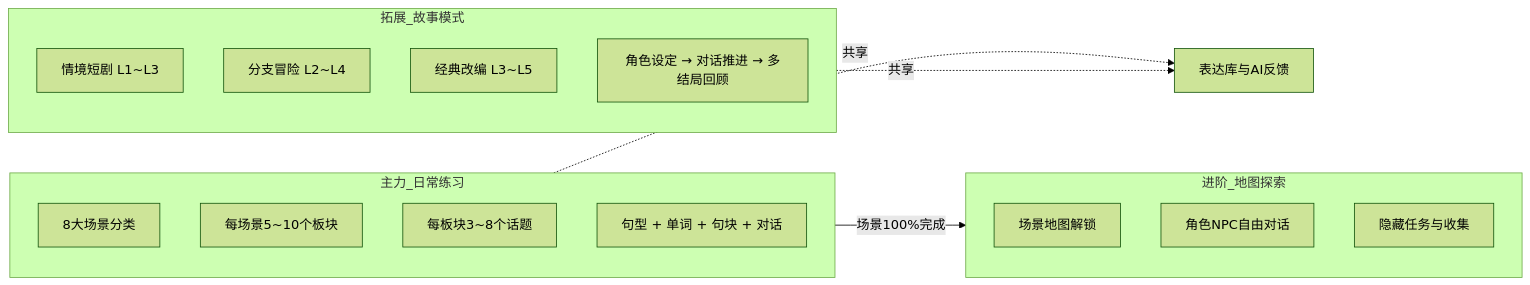
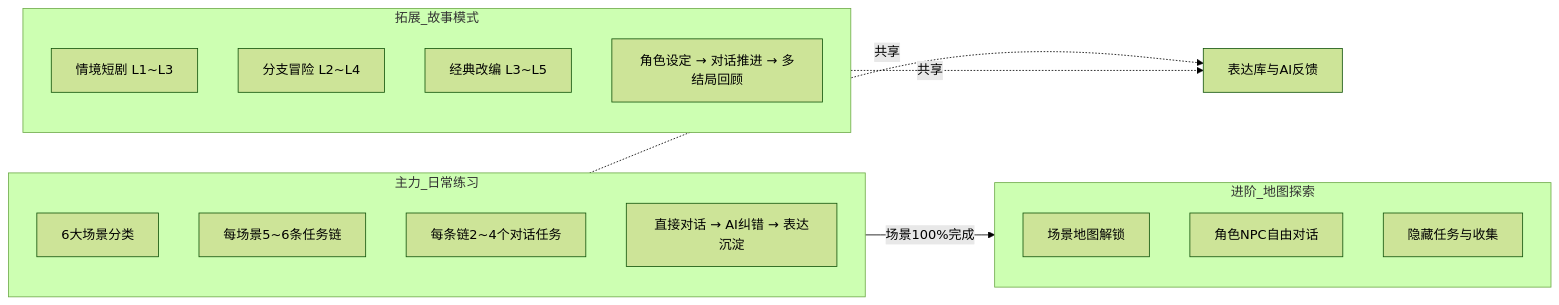
Before and after one commit to kirohuji/speakGuild: the second of 10 diagrams in docs/story/content-architecture-design.md, drawn with Mermaid (forest theme). The commit also changed other lines of this file and 11 other files, not shown here.

````diff
--- a/docs/story/content-architecture-design.md
+++ b/docs/story/content-architecture-design.md
@@ -83,29 +85,29 @@
 ```mermaid
 flowchart LR
     subgraph 主力_日常练习
         direction TB
-        A1[8大场景分类]
-        A2[每场景5~10个板块]
-        A3[每板块3~8个话题]
-        A4[句型 + 单词 + 句块 + 对话]
+        A1[6大场景分类]
+        A2[每场景5~6条任务链]
+        A3[每条链2~4个对话任务]
+        A4[直接对话 → AI纠错 → 表达沉淀]
     end
 
     subgraph 拓展_故事模式
         direction TB
         C1[情境短剧 L1~L3]
         C2[分支冒险 L2~L4]
         C3[经典改编 L3~L5]
         C4[角色设定 → 对话推进 → 多结局回顾]
     end
 
     subgraph 进阶_地图探索
         direction TB
         B1[场景地图解锁]
         B2[角色NPC自由对话]
         B3[隐藏任务与收集]
     end
 
     主力_日常练习 -->|场景100%完成| 进阶_地图探索
     主力_日常练习 -.->|共享| 表达库与AI反馈
     拓展_故事模式 -.->|共享| 表达库与AI反馈
 ```
````
